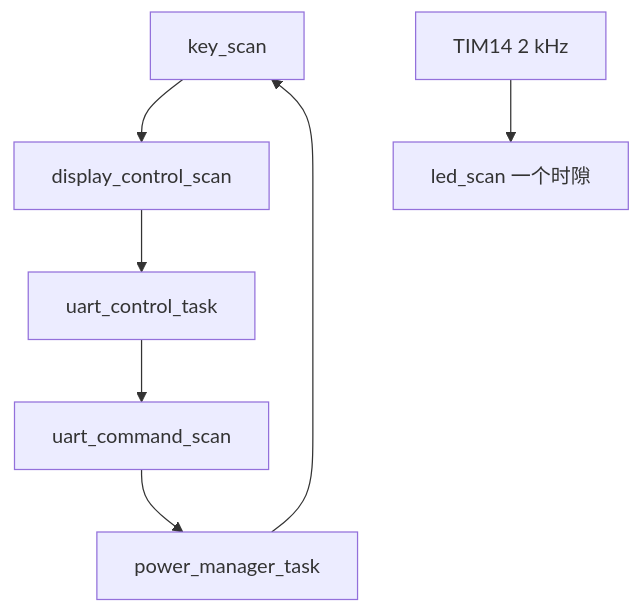
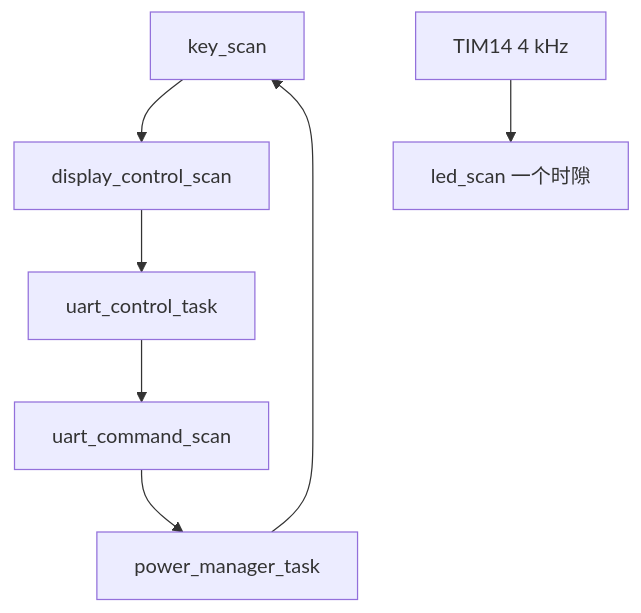
Before and after one commit to renletao/xn: the second of 2 diagrams in docs/04-代码实现索引与验证清单.md, drawn with Mermaid. The commit also changed 5 other files, not shown here.

Commit message:
perf: use direct GPIO registers for LED scan

````diff
--- a/docs/04-代码实现索引与验证清单.md
+++ b/docs/04-代码实现索引与验证清单.md
@@ -44,9 +44,9 @@
 ```mermaid
 flowchart TD
     A[key_scan] --> B[display_control_scan]
     B --> C[uart_control_task]
     C --> D[uart_command_scan]
     D --> E[power_manager_task]
     E --> A
-    T[TIM14 2 kHz] --> L[led_scan 一个时隙]
+    T[TIM14 4 kHz] --> L[led_scan 一个时隙]
 ```
````
